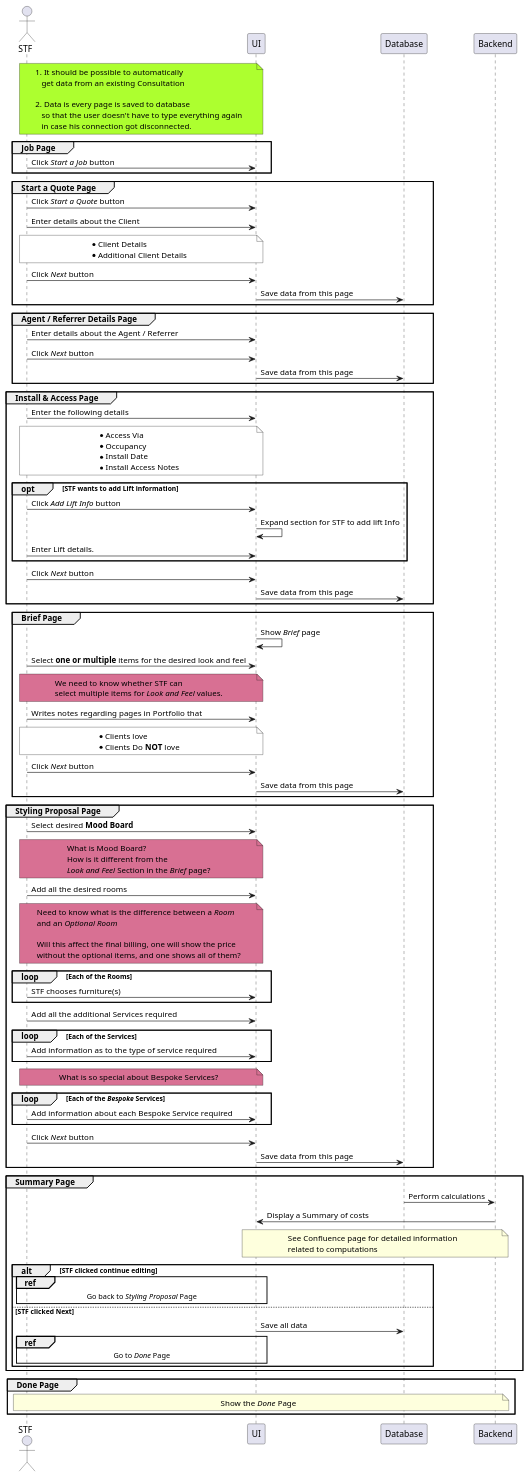
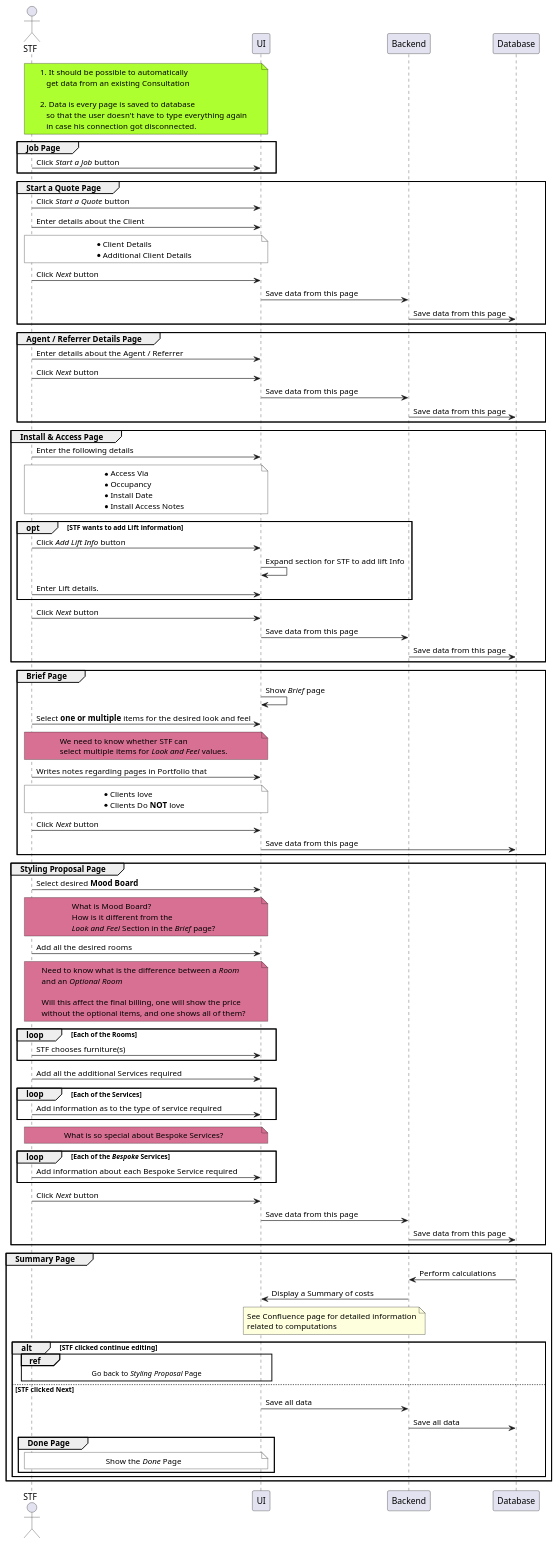
The diagram in STF/STF_CreateQuote_withoutConsultationFirst.pu (jpgacrama/NovariSpecs), drawn with PlantUML before and after one commit.

Commit message:
Included Backend when saving data

```diff
--- a/STF/STF_CreateQuote_withoutConsultationFirst.pu
+++ b/STF/STF_CreateQuote_withoutConsultationFirst.pu
@@ -3,143 +3,147 @@
 @startuml
 
     actor "STF" as STF
+    participant "UI" as UI
+    participant "Backend" as Backend
+    participant "Database" as Database
 
     note over STF, UI #GreenYellow
         1. It should be possible to automatically
            get data from an existing Consultation
 
         2. Data is every page is saved to database
            so that the user doesn't have to type everything again
            in case his connection got disconnected.
     end note
 
     group Job Page 
         STF  -> UI: Click //Start a Job// button
     end group
     
     group Start a Quote Page
         STF -> UI: Click //Start a Quote// button
         STF -> UI: Enter details about the Client
 
         note over STF, UI #White
             * Client Details
             * Additional Client Details
         end note
 
         STF -> UI: Click //Next// button
-        UI -> Database: Save data from this page
+        UI -> Backend: Save data from this page
+        Backend -> Database: Save data from this page
     end group
 
     group Agent / Referrer Details Page
         STF -> UI: Enter details about the Agent / Referrer
         STF -> UI: Click //Next// button
-        UI -> Database: Save data from this page
+        UI -> Backend: Save data from this page
+        Backend -> Database: Save data from this page
     end group
 
     group Install & Access Page
         STF -> UI: Enter the following details
         note over STF, UI #White
             * Access Via
             * Occupancy 
             * Install Date
             * Install Access Notes
         end note
 
         opt STF wants to add Lift information
             STF -> UI: Click //Add Lift Info// button 
             UI -> UI: Expand section for STF to add lift Info
             STF -> UI: Enter Lift details.
         end
 
         STF -> UI: Click //Next// button
-        UI -> Database: Save data from this page
+        UI -> Backend: Save data from this page
+        Backend -> Database: Save data from this page
     end group
 
     group Brief Page
         UI -> UI: Show //Brief// page
         STF -> UI: Select **one or multiple** items for the desired look and feel
 
         note over STF, UI #PaleVioletRed
             We need to know whether STF can
             select multiple items for //Look and Feel// values.
         end note
         
         STF -> UI: Writes notes regarding pages in Portfolio that
         note over STF, UI #White
             * Clients love
             * Clients Do **NOT** love
         end note
 
         STF -> UI: Click //Next// button
         UI -> Database: Save data from this page
     end group
 
     group Styling Proposal Page
         STF -> UI: Select desired **Mood Board**
 
         note over STF, UI #PaleVioletRed
             What is Mood Board?
             How is it different from the
             //Look and Feel// Section in the //Brief// page?
         end note
 
         STF -> UI: Add all the desired rooms
 
         note over STF, UI #PaleVioletRed
             Need to know what is the difference between a //Room// 
             and an //Optional Room//
 
             Will this affect the final billing, one will show the price 
             without the optional items, and one shows all of them?
         end note
 
         loop Each of the Rooms
             STF -> UI: STF chooses furniture(s)
         end
 
         STF -> UI: Add all the additional Services required
 
         loop Each of the Services
             STF -> UI: Add information as to the type of service required
         end
 
         note over STF, UI #PaleVioletRed
             What is so special about Bespoke Services?
         end note
 
         loop Each of the //Bespoke// Services
             STF -> UI: Add information about each Bespoke Service required
         end note
 
         STF -> UI: Click //Next// button
-        UI -> Database: Save data from this page
+        UI -> Backend: Save data from this page
+        Backend -> Database: Save data from this page
     end group
 
     group Summary Page
         Database -> Backend: Perform calculations
         Backend -> UI: Display a Summary of costs
 
         note over UI, Backend
             See Confluence page for detailed information
             related to computations
         end note
 
         alt STF clicked continue editing
             ref over STF, UI
                 Go back to //Styling Proposal// Page
             end ref
         else STF clicked Next
-            UI -> Database: Save all data
-            ref over STF, UI
-                Go to //Done// Page
-            end ref
+            UI -> Backend: Save all data
+            Backend -> Database: Save all data
+            group Done Page
+                note over STF, UI #White
+                    Show the //Done// Page
+                end note
+            end group
         end
     end group
     
-    group Done Page
-        note over STF, Backend
-            Show the //Done// Page
-        end note
-    end group
-
 @enduml
```
